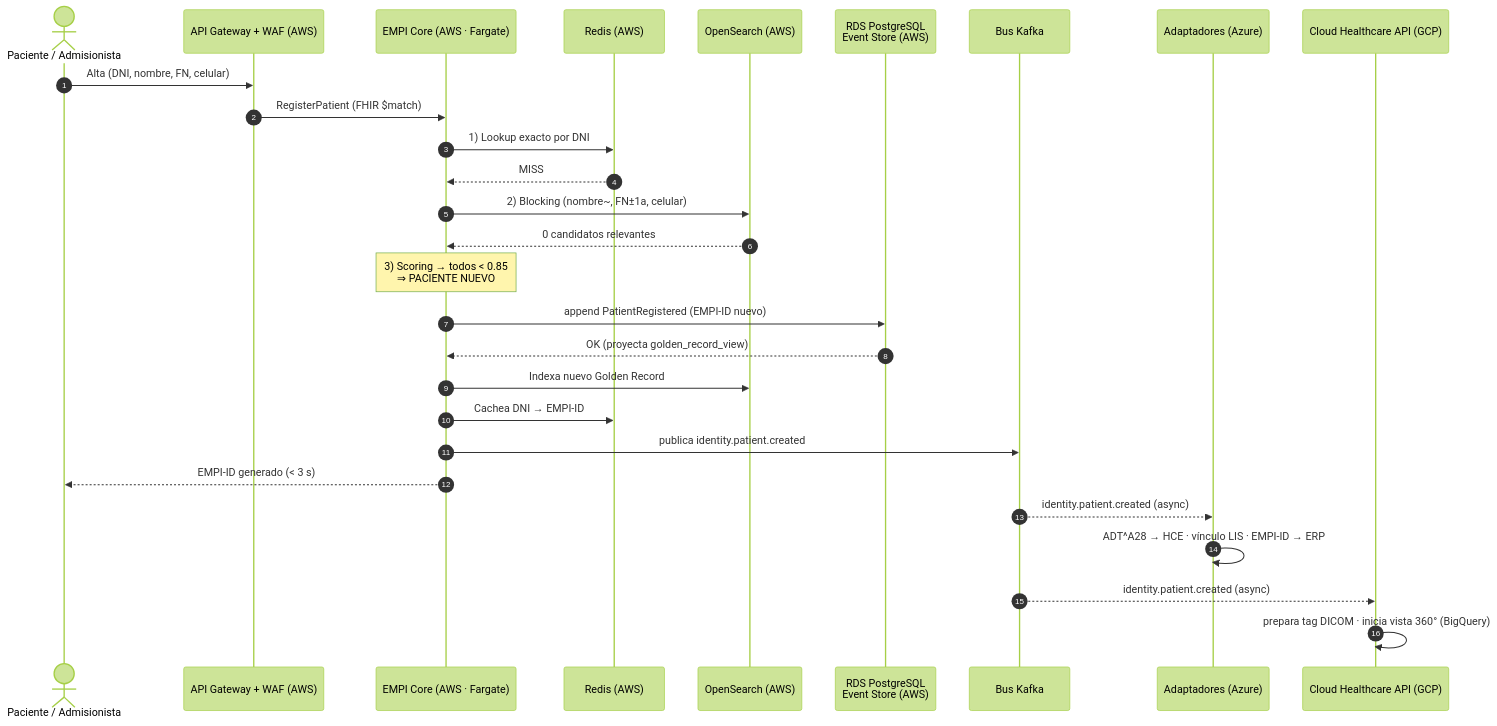
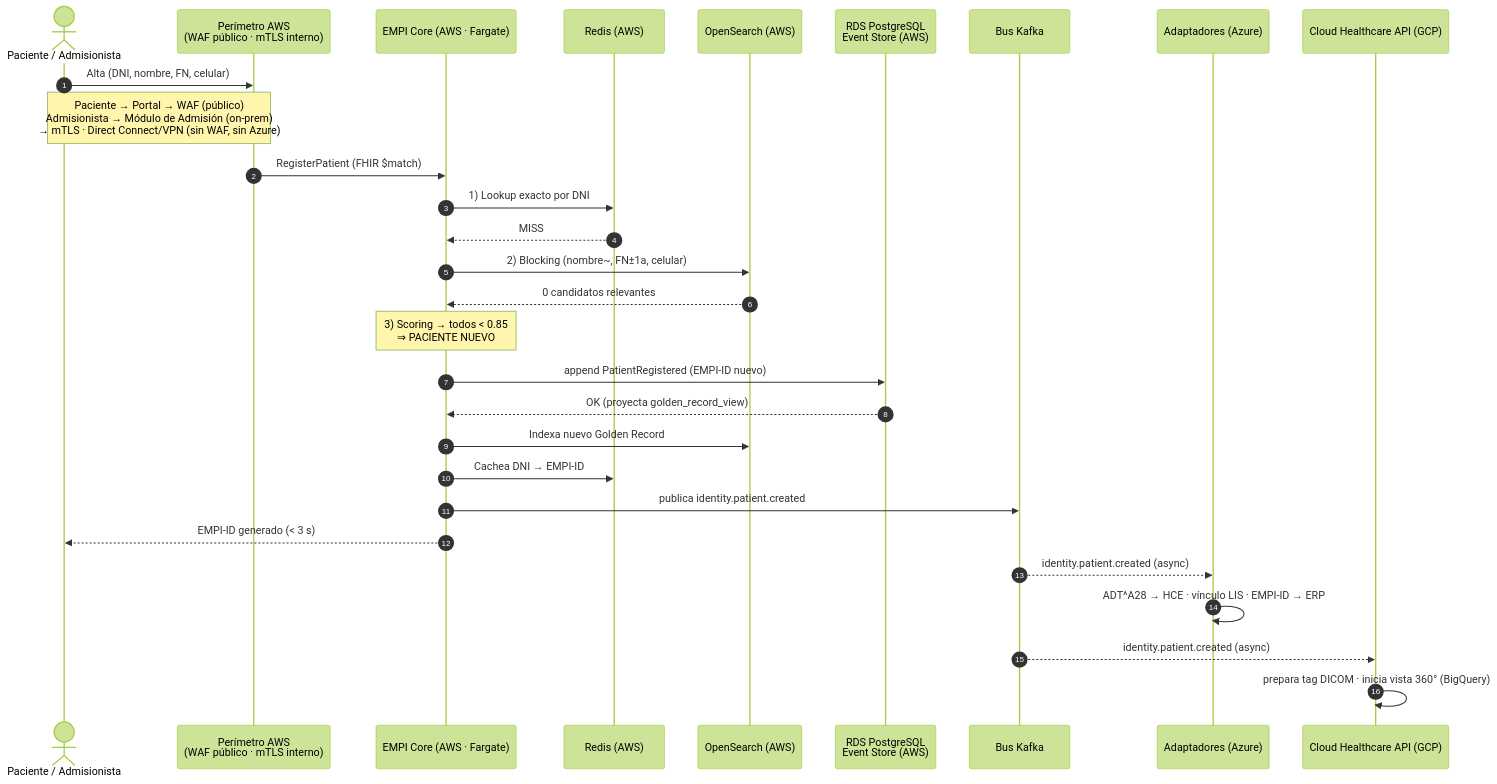
One commit to JeielLovera/proyecto_utec_sanared changed the first of 4 diagrams in entregables_hito3/06_Alternativa3_Mejorada_Flujos_Registro.md. Above: the diagram before and after it, drawn with Mermaid (forest theme). The commit also changed other lines of this file and 124 other files, not shown here.

````diff
--- a/entregables_hito3/06_Alternativa3_Mejorada_Flujos_Registro.md
+++ b/entregables_hito3/06_Alternativa3_Mejorada_Flujos_Registro.md
@@ -76,31 +78,32 @@
 ```mermaid
 sequenceDiagram
     autonumber
     actor ACT as Paciente / Admisionista
-    participant GW as API Gateway + WAF (AWS)
+    participant GW as Perímetro AWS<br/>(WAF público · mTLS interno)
     participant CORE as EMPI Core (AWS · Fargate)
     participant REDIS as Redis (AWS)
     participant SEARCH as OpenSearch (AWS)
     participant ES as RDS PostgreSQL<br/>Event Store (AWS)
     participant BUS as Bus Kafka
     participant AZ as Adaptadores (Azure)
     participant GCP as Cloud Healthcare API (GCP)
 
     ACT->>GW: Alta (DNI, nombre, FN, celular)
+    Note over ACT,GW: Paciente → Portal → WAF (público)<br/>Admisionista → Módulo de Admisión (on-prem)<br/>→ mTLS · Direct Connect/VPN (sin WAF, sin Azure)
     GW->>CORE: RegisterPatient (FHIR $match)
     CORE->>REDIS: 1) Lookup exacto por DNI
     REDIS-->>CORE: MISS
     CORE->>SEARCH: 2) Blocking (nombre~, FN±1a, celular)
     SEARCH-->>CORE: 0 candidatos relevantes
     Note over CORE: 3) Scoring → todos < 0.85<br/>⇒ PACIENTE NUEVO
     CORE->>ES: append PatientRegistered (EMPI-ID nuevo)
     ES-->>CORE: OK (proyecta golden_record_view)
     CORE->>SEARCH: Indexa nuevo Golden Record
     CORE->>REDIS: Cachea DNI → EMPI-ID
     CORE->>BUS: publica identity.patient.created
     CORE-->>ACT: EMPI-ID generado (< 3 s)
     BUS-->>AZ: identity.patient.created (async)
     AZ->>AZ: ADT^A28 → HCE · vínculo LIS · EMPI-ID → ERP
     BUS-->>GCP: identity.patient.created (async)
     GCP->>GCP: prepara tag DICOM · inicia vista 360° (BigQuery)
 ```
````
